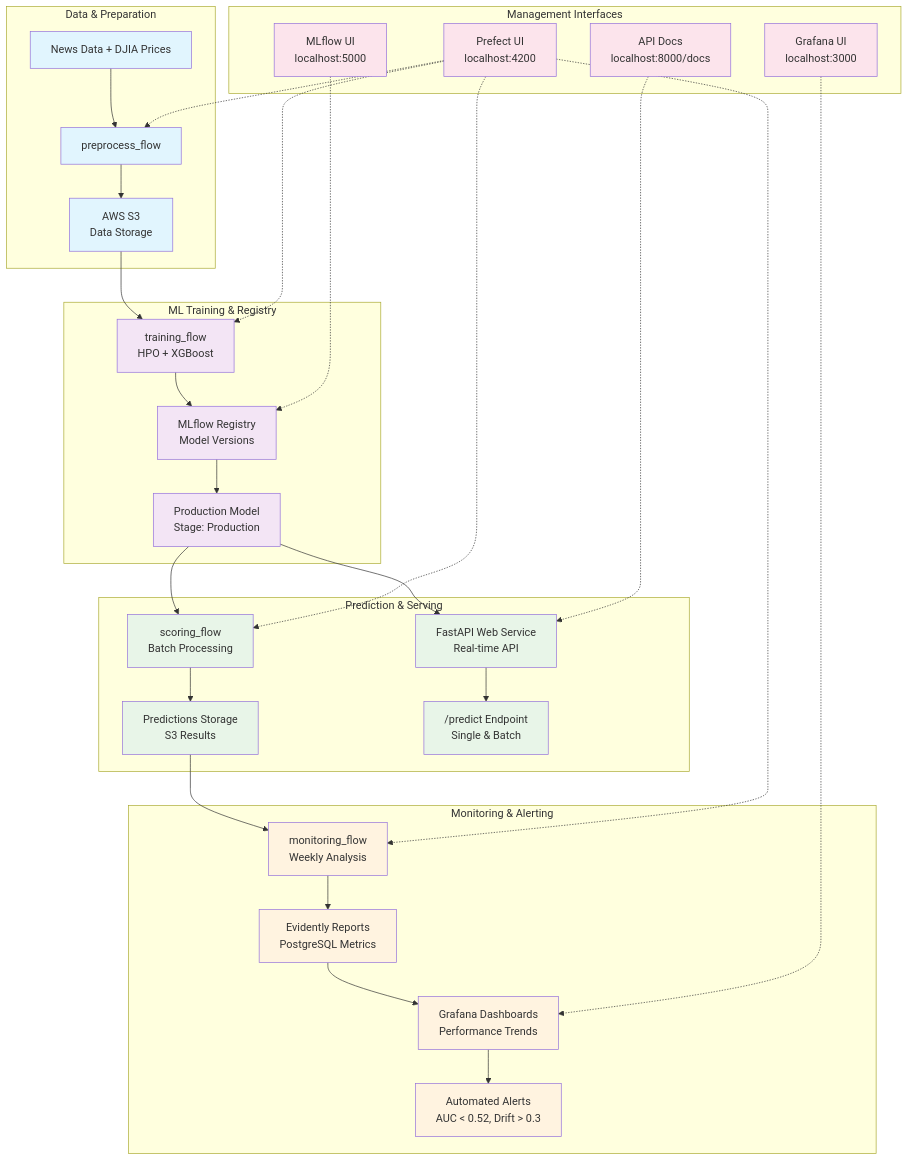
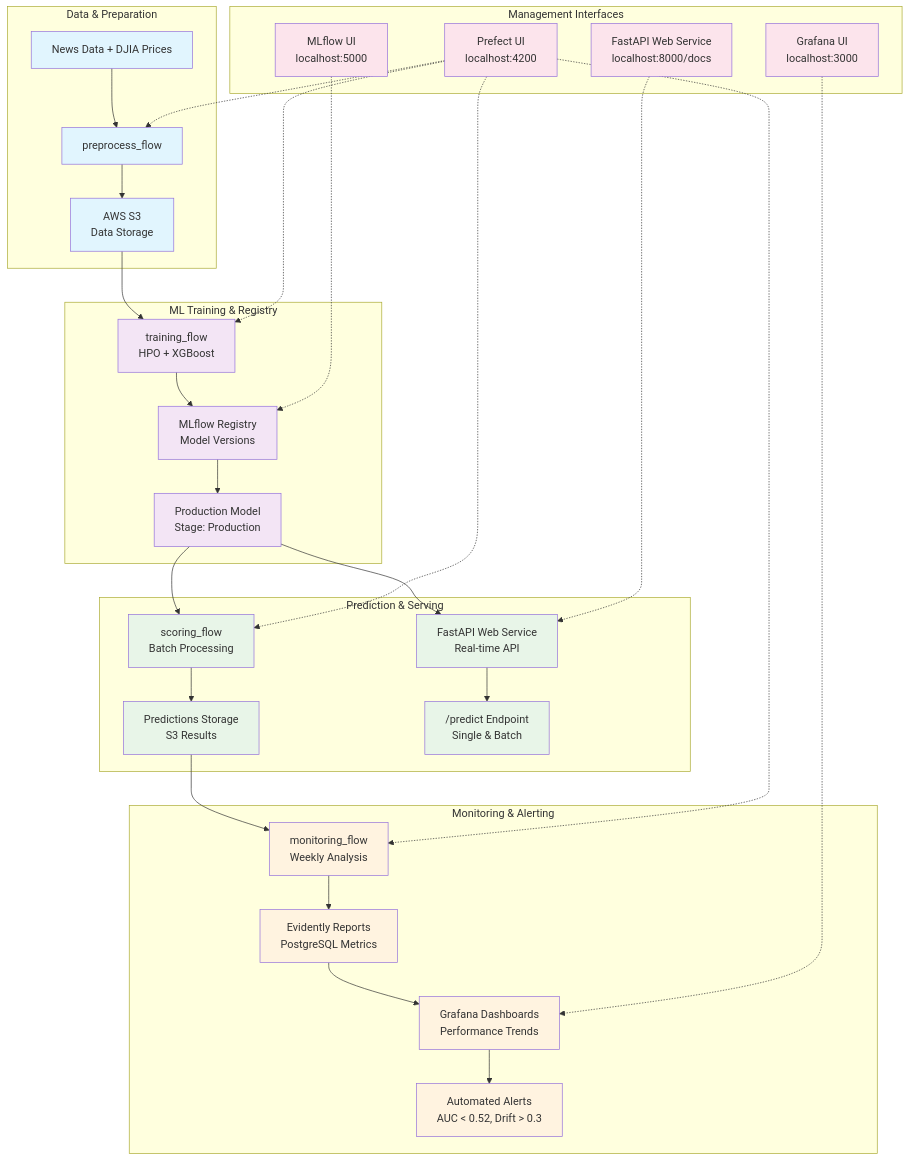
One commit to i-azztec/mlops-volatility-news-predictor changed the diagram in README.md. Above: the diagram before and after it, drawn with Mermaid.

````diff
--- a/README.md
+++ b/README.md
@@ -37,50 +37,50 @@
 ```mermaid
 graph TD
     subgraph "Data & Preparation"
         A[News Data + DJIA Prices] --> C[preprocess_flow]
         C --> G[AWS S3<br/>Data Storage]
     end
 
     subgraph "ML Training & Registry"
         G --> D[training_flow<br/>HPO + XGBoost]
         D --> H[MLflow Registry<br/>Model Versions]
         H --> K[Production Model<br/>Stage: Production]
     end
 
     subgraph "Prediction & Serving"
         K --> E[scoring_flow<br/>Batch Processing]
         E --> I[Predictions Storage<br/>S3 Results]
         K --> L[FastAPI Web Service<br/>Real-time API]
         L --> R["/predict Endpoint<br/>Single & Batch"]
     end
 
     subgraph "Monitoring & Alerting"
         I --> F[monitoring_flow<br/>Weekly Analysis]
         F --> J[Evidently Reports<br/>PostgreSQL Metrics]
         J --> M[Grafana Dashboards<br/>Performance Trends]
         M --> N[Automated Alerts<br/>AUC < 0.52, Drift > 0.3]
     end
 
     subgraph "Management Interfaces"
         P[Prefect UI<br/>localhost:4200] -.-> C
         P -.-> D
         P -.-> E
         P -.-> F
         Q[MLflow UI<br/>localhost:5000] -.-> H
         S[Grafana UI<br/>localhost:3000] -.-> M
-        T[API Docs<br/>localhost:8000/docs] -.-> L
+        T[FastAPI Web Service<br/>localhost:8000/docs] -.-> L
     end
 
     %% Styling
     classDef dataFlow fill:#e1f5fe
     classDef mlOps fill:#f3e5f5
     classDef serving fill:#e8f5e8
     classDef monitoring fill:#fff3e0
     classDef interfaces fill:#fce4ec
 
     class A,C,G dataFlow
     class D,H,K mlOps
     class E,I,L,R serving
     class F,J,M,N monitoring
     class P,Q,S,T interfaces
 ```
````
